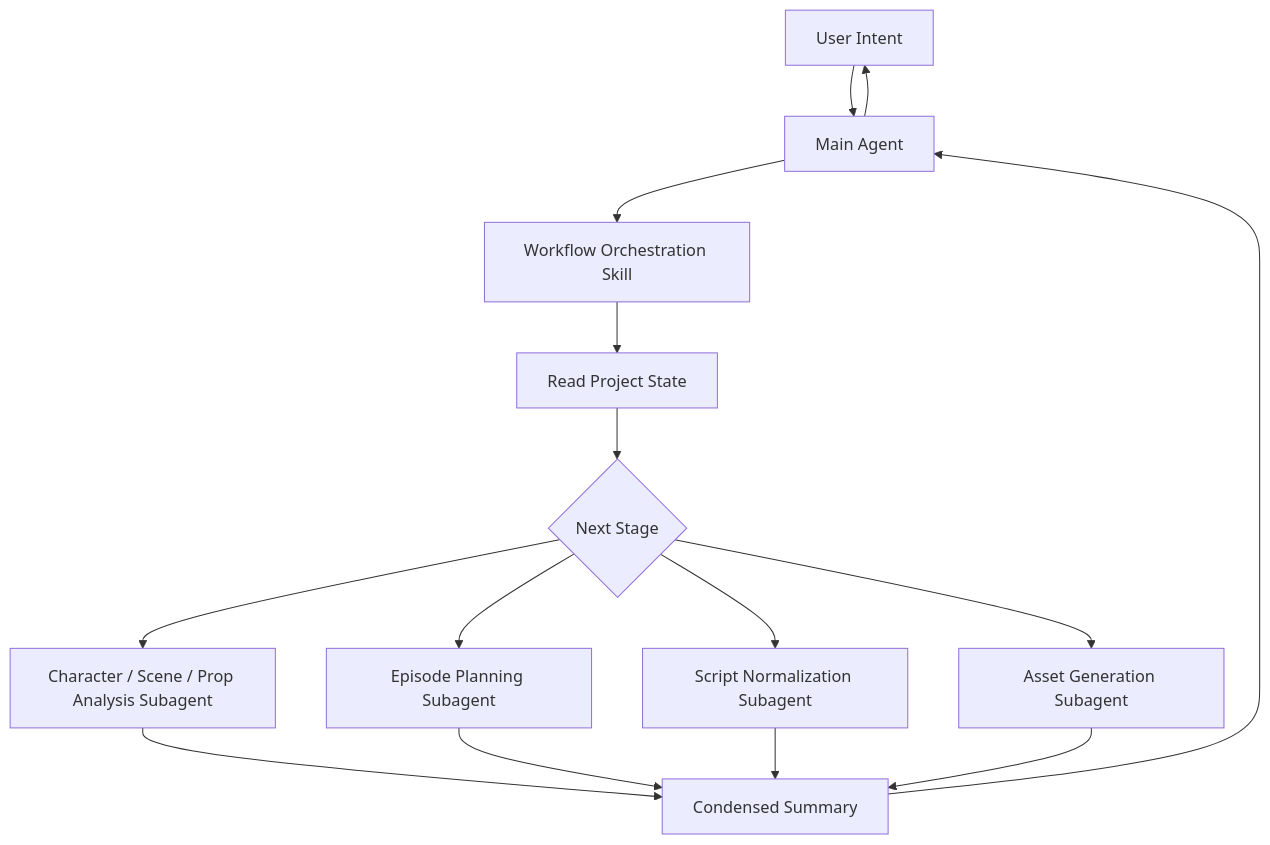
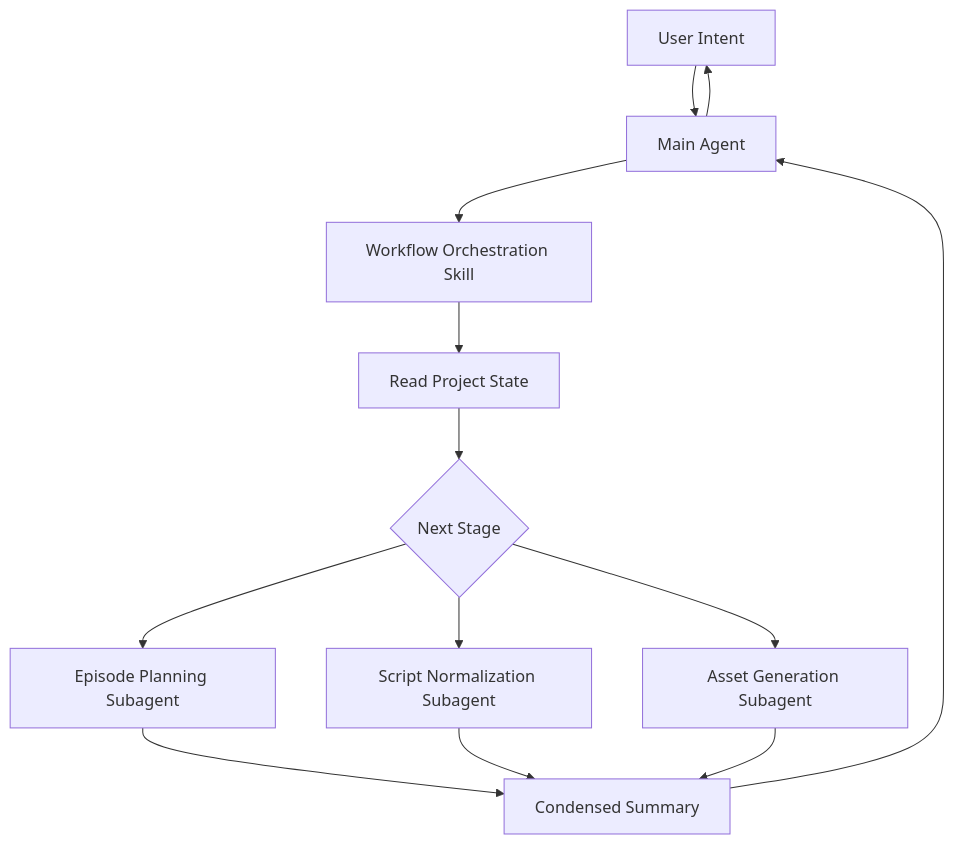
Before and after one commit to changzhangpp/ArcReel: the second of 3 diagrams in website/i18n/en/docusaurus-plugin-content-docs/current/dev/architecture.md, drawn with Mermaid. The commit also changed other lines of this file and 98 other files, not shown here.

````diff
--- a/website/i18n/en/docusaurus-plugin-content-docs/current/dev/architecture.md
+++ b/website/i18n/en/docusaurus-plugin-content-docs/current/dev/architecture.md
@@ -91,17 +91,15 @@
 ```mermaid
 flowchart TD
     U["User Intent"] --> MAIN["Main Agent"]
     MAIN --> SKILL["Workflow Orchestration Skill"]
     SKILL --> STATE["Read Project State"]
     STATE --> DECIDE{"Next Stage"}
-    DECIDE --> A["Character / Scene / Prop Analysis Subagent"]
     DECIDE --> B["Episode Planning Subagent"]
     DECIDE --> C["Script Normalization Subagent"]
     DECIDE --> D["Asset Generation Subagent"]
-    A --> SUMMARY["Condensed Summary"]
-    B --> SUMMARY
+    B --> SUMMARY["Condensed Summary"]
     C --> SUMMARY
     D --> SUMMARY
     SUMMARY --> MAIN
     MAIN --> U
 ```
````
